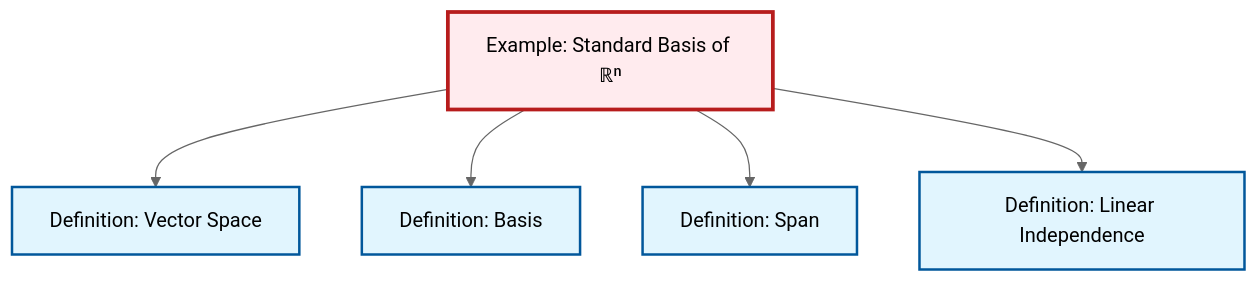
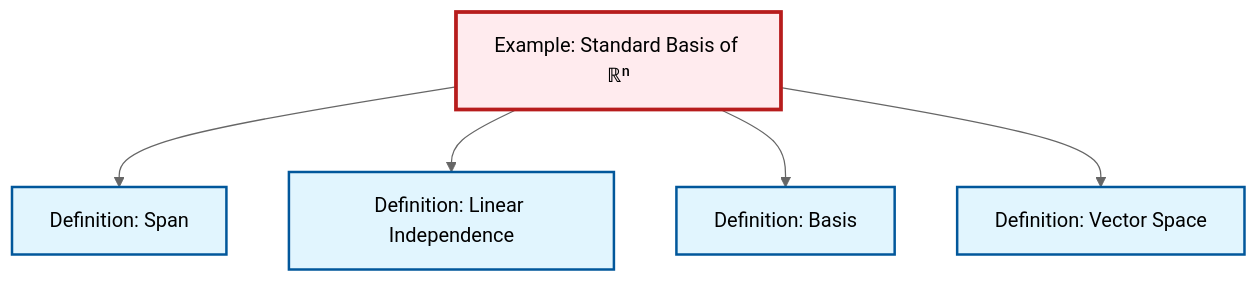
The diagram in content/ja/algebra/ex-standard-basis-rn.qmd (RK0429/ModernMath), drawn with Mermaid (neutral theme) before and after one commit. The commit also changed other lines of this file and 491 other files, not shown here.

````diff
--- a/content/ja/algebra/ex-standard-basis-rn.qmd
+++ b/content/ja/algebra/ex-standard-basis-rn.qmd
@@ -63,23 +63,23 @@
 ```{mermaid}
 %%| fig-cap: "Local dependency graph"
 graph TD
     classDef definition fill:#e1f5fe,stroke:#01579b,stroke-width:2px
     classDef theorem fill:#f3e5f5,stroke:#4a148c,stroke-width:2px
     classDef axiom fill:#fff3e0,stroke:#e65100,stroke-width:2px
     classDef example fill:#e8f5e9,stroke:#1b5e20,stroke-width:2px
     classDef current fill:#ffebee,stroke:#b71c1c,stroke-width:3px
+    def-linear-independence["Definition: Linear Independence"]:::definition
     def-basis["Definition: Basis"]:::definition
+    def-vector-space["Definition: Vector Space"]:::definition
+    def-span["Definition: Span"]:::definition
     ex-standard-basis-rn["Example: Standard Basis of ℝⁿ"]:::example
-    def-span["Definition: Span"]:::definition
-    def-linear-independence["Definition: Linear Independence"]:::definition
-    def-vector-space["Definition: Vector Space"]:::definition
-    ex-standard-basis-rn --> def-vector-space
-    ex-standard-basis-rn --> def-basis
     ex-standard-basis-rn --> def-span
     ex-standard-basis-rn --> def-linear-independence
+    ex-standard-basis-rn --> def-basis
+    ex-standard-basis-rn --> def-vector-space
     class ex-standard-basis-rn current
+    click def-linear-independence "def-linear-independence.html" "Definition: Linear Independenceへ"
     click def-basis "def-basis.html" "Definition: Basisへ"
+    click def-vector-space "def-vector-space.html" "Definition: Vector Spaceへ"
     click def-span "def-span.html" "Definition: Spanへ"
-    click def-linear-independence "def-linear-independence.html" "Definition: Linear Independenceへ"
-    click def-vector-space "def-vector-space.html" "Definition: Vector Spaceへ"
 ```
````
